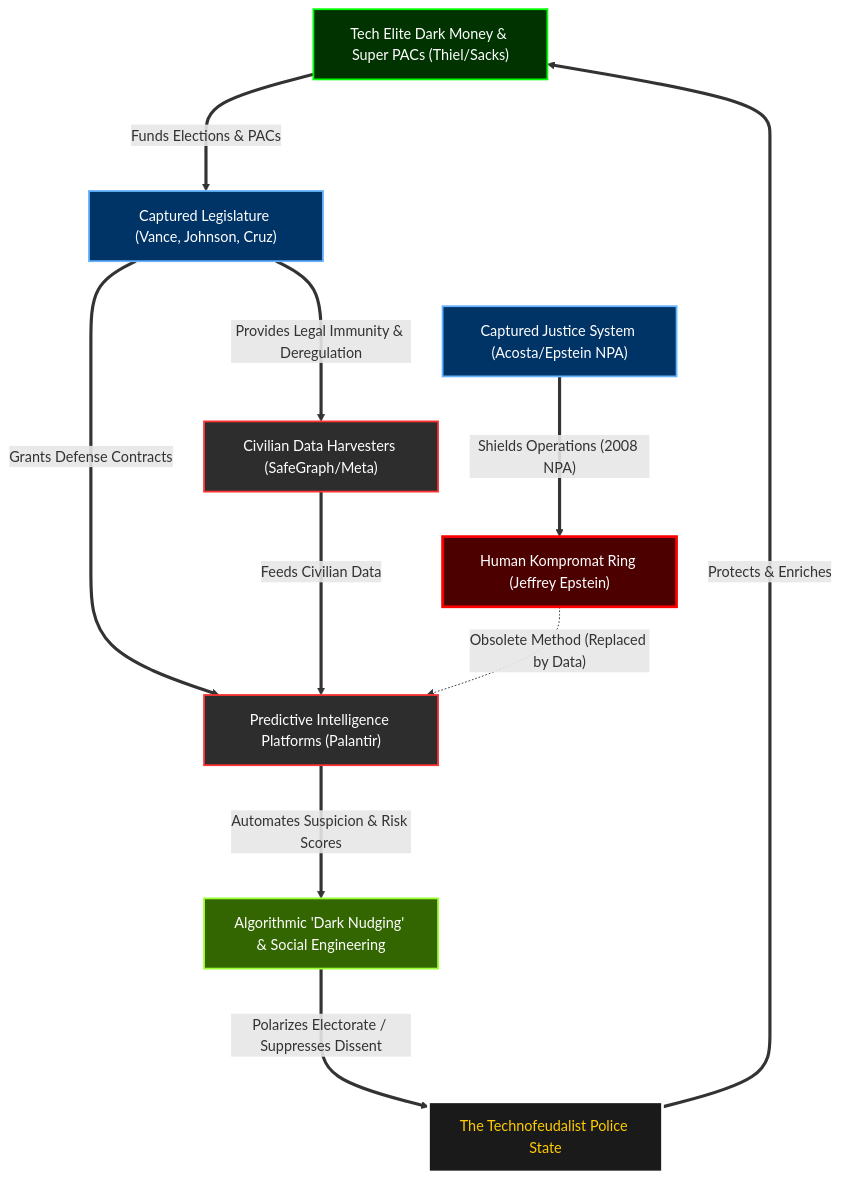
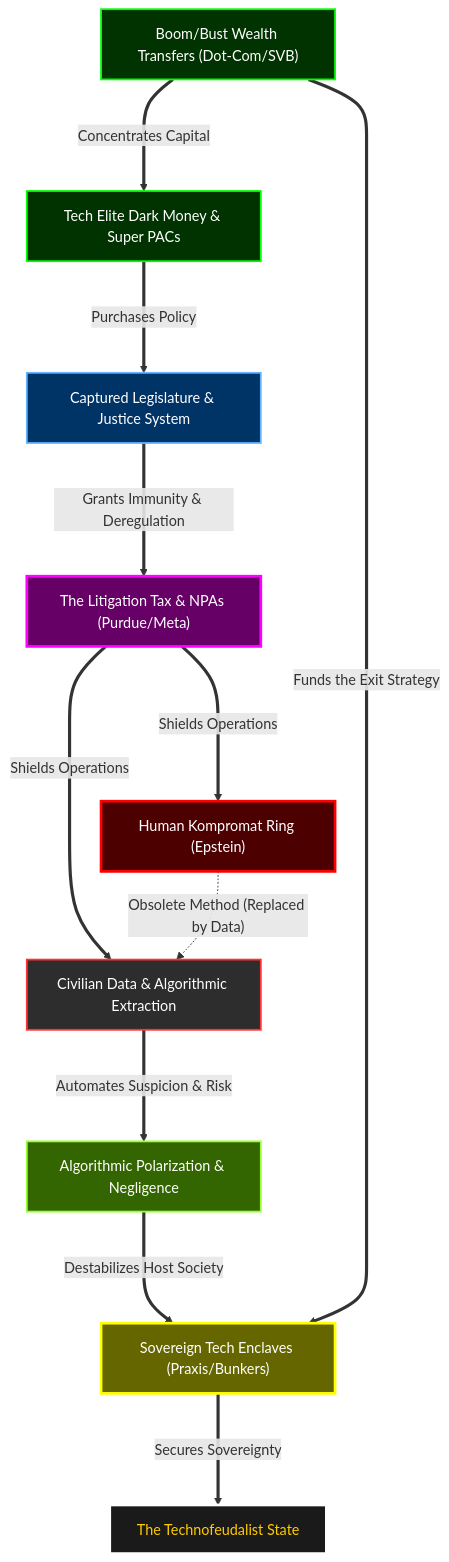
One commit to brittnicolesch/bitch-ray changed the diagram in investigations/grand_unified_30yr_crosswalk.md. Above: the diagram before and after it, drawn with Mermaid. The commit also changed other lines of this file and 13 other files, not shown here.

````diff
--- a/investigations/grand_unified_30yr_crosswalk.md
+++ b/investigations/grand_unified_30yr_crosswalk.md
@@ -7,39 +7,45 @@
 ```mermaid
 graph TD
     %% Define styles
     classDef money fill:#003300,stroke:#00ff00,stroke-width:2px,color:#fff
     classDef political fill:#003366,stroke:#66b3ff,stroke-width:2px,color:#fff
     classDef tech fill:#2d2d2d,stroke:#ff3333,stroke-width:2px,color:#fff
     classDef social fill:#336600,stroke:#99ff33,stroke-width:2px,color:#fff
     classDef kompromat fill:#4d0000,stroke:#ff0000,stroke-width:3px,color:#fff
+    classDef legal fill:#660066,stroke:#ff00ff,stroke-width:3px,color:#fff
+    classDef physical fill:#666600,stroke:#ffff00,stroke-width:3px,color:#fff
     classDef outcome fill:#1a1a1a,stroke:#fff,stroke-width:3px,color:#ffcc00
 
     %% The Funding Layer
-    DarkMoney["Tech Elite Dark Money & Super PACs (Thiel/Sacks)"]:::money
+    DarkMoney["Tech Elite Dark Money & Super PACs"]:::money
     
     %% The Enabler Layer
-    Politicians["Captured Legislature (Vance, Johnson, Cruz)"]:::political
-    Justice["Captured Justice System (Acosta/Epstein NPA)"]:::political
+    Politicians["Captured Legislature & Justice System"]:::political
+    LegalFirewall["The Litigation Tax & NPAs (Purdue/Meta)"]:::legal
 
-    %% The Data/Infrastructure Layer
-    DataBrokers["Civilian Data Harvesters (SafeGraph/Meta)"]:::tech
-    Intelligence["Predictive Intelligence Platforms (Palantir)"]:::tech
+    %% The Extraction Layer
+    DataBrokers["Civilian Data & Algorithmic Extraction"]:::tech
+    FinancialExtraction["Boom/Bust Wealth Transfers (Dot-Com/SVB)"]:::money
 
     %% The Control Layer
-    Algorithmic["Algorithmic 'Dark Nudging' & Social Engineering"]:::social
-    Kompromat["Human Kompromat Ring (Jeffrey Epstein)"]:::kompromat
+    Algorithmic["Algorithmic Polarization & Negligence"]:::social
+    Kompromat["Human Kompromat Ring (Epstein)"]:::kompromat
+
+    %% The Exit Layer
+    PhysicalEnclaves["Sovereign Tech Enclaves (Praxis/Bunkers)"]:::physical
 
     %% The Causality Flow
-    DarkMoney ===>|"Funds Elections & PACs"| Politicians
-    Politicians ===>|"Provides Legal Immunity & Deregulation"| DataBrokers
-    Politicians ===>|"Grants Defense Contracts"| Intelligence
-    Justice ===>|"Shields Operations (2008 NPA)"| Kompromat
-
-    DataBrokers ===>|"Feeds Civilian Data"| Intelligence
-    Intelligence ===>|"Automates Suspicion & Risk Scores"| Algorithmic
+    DarkMoney ===>|"Purchases Policy"| Politicians
+    Politicians ===>|"Grants Immunity & Deregulation"| LegalFirewall
+    LegalFirewall ===>|"Shields Operations"| DataBrokers
+    LegalFirewall ===>|"Shields Operations"| Kompromat
     
-    Kompromat -.->|"Obsolete Method (Replaced by Data)"| Intelligence
+    FinancialExtraction ===>|"Concentrates Capital"| DarkMoney
+    DataBrokers ===>|"Automates Suspicion & Risk"| Algorithmic
+    Kompromat -.->|"Obsolete Method (Replaced by Data)"| DataBrokers
     
-    Algorithmic ===>|"Polarizes Electorate / Suppresses Dissent"| PoliceState["The Technofeudalist Police State"]:::outcome
-    PoliceState ===>|"Protects & Enriches"| DarkMoney
+    Algorithmic ===>|"Destabilizes Host Society"| PhysicalEnclaves
+    FinancialExtraction ===>|"Funds the Exit Strategy"| PhysicalEnclaves
+    
+    PhysicalEnclaves ===>|"Secures Sovereignty"| PoliceState["The Technofeudalist State"]:::outcome
 ```
````
